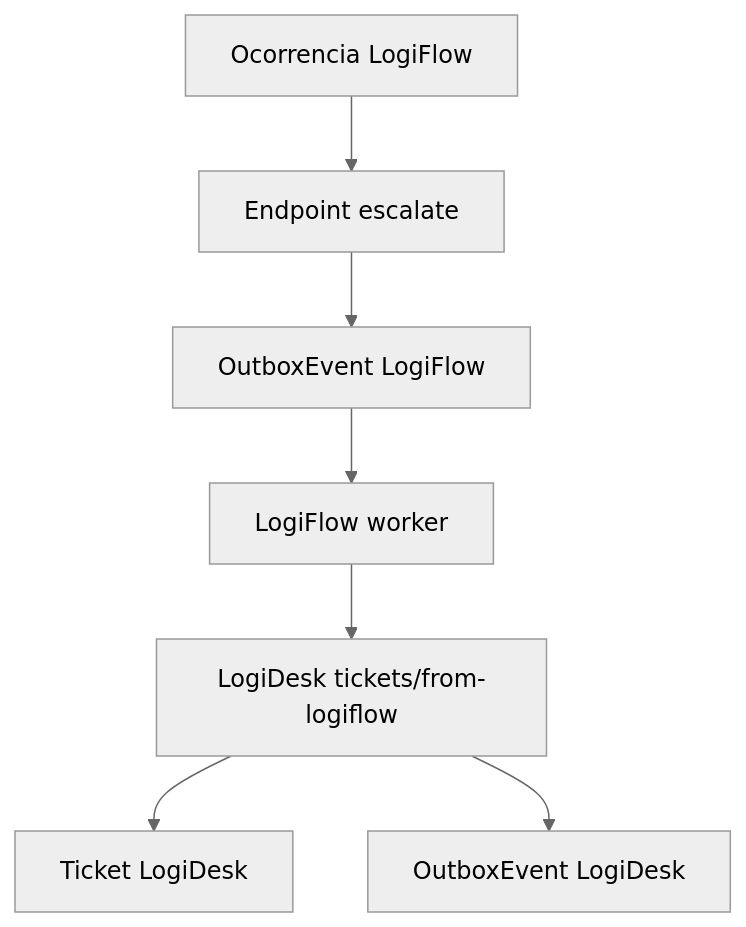
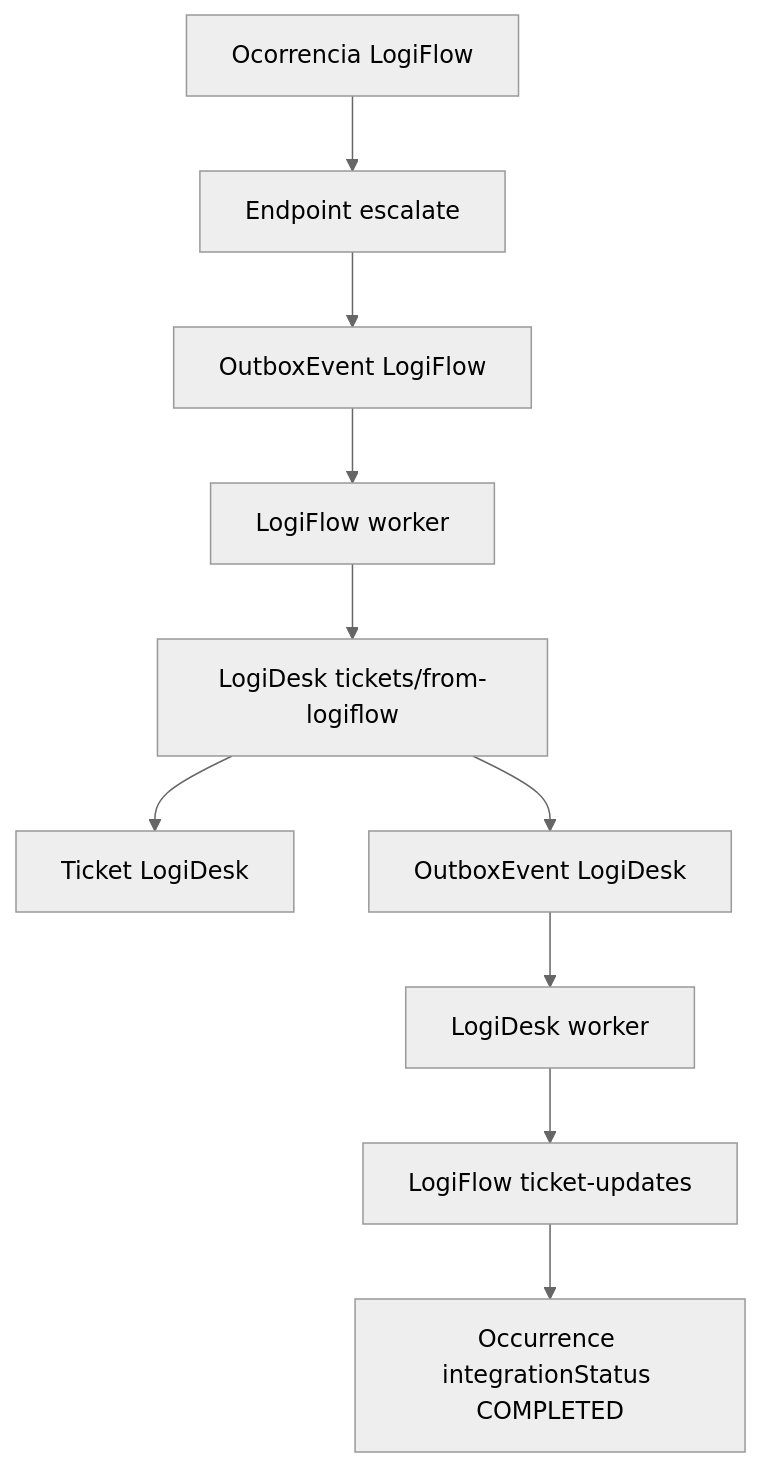
Before and after one commit to llucass1998/Nesher-Tech-Solutions: the diagram in docs/INTEGRATION.md, drawn with Mermaid (neutral theme). The commit also changed other lines of this file and 10 other files, not shown here.

Commit message:
feat(integration): sync logidesk ticket updates to logiflow

````diff
--- a/docs/INTEGRATION.md
+++ b/docs/INTEGRATION.md
@@ -22,9 +24,12 @@
 ```mermaid
 flowchart TD
   Occurrence[Ocorrencia LogiFlow] --> Escalate[Endpoint escalate]
   Escalate --> LFOutbox[OutboxEvent LogiFlow]
   LFOutbox --> LFWorker[LogiFlow worker]
   LFWorker --> DeskAPI[LogiDesk tickets/from-logiflow]
   DeskAPI --> Ticket[Ticket LogiDesk]
   DeskAPI --> DeskOutbox[OutboxEvent LogiDesk]
+  DeskOutbox --> DeskWorker[LogiDesk worker]
+  DeskWorker --> FlowCallback[LogiFlow ticket-updates]
+  FlowCallback --> OccurrenceUpdated[Occurrence integrationStatus COMPLETED]
 ```
````
